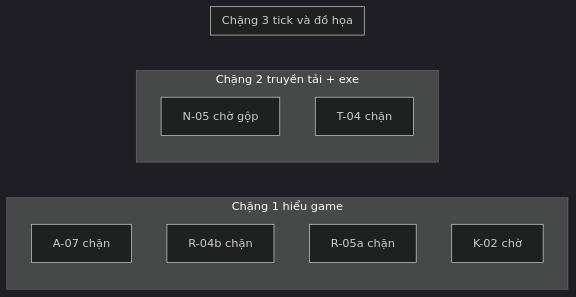
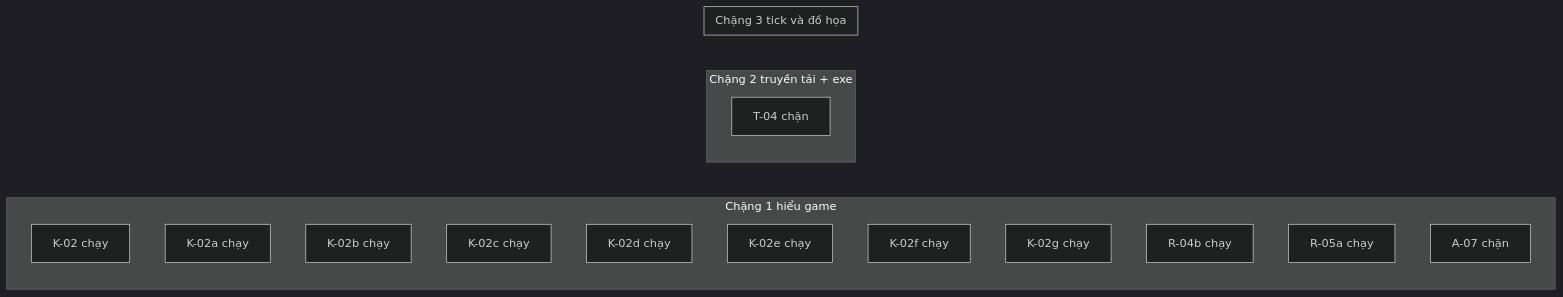
Before and after one commit to ndtangoss-dev/jx1-reports: the diagram in JX1_OPS/STATE/TIEN-DO.md, drawn with Mermaid (dark theme). The commit also changed other lines of this file and 3 other files, not shown here.

````diff
--- a/JX1_OPS/STATE/TIEN-DO.md
+++ b/JX1_OPS/STATE/TIEN-DO.md
@@ -9,15 +9,21 @@
 ```mermaid
 flowchart LR
   subgraph S1["Chặng 1 hiểu game"]
+    K_02["K-02 chạy"]
+    K_02a["K-02a chạy"]
+    K_02b["K-02b chạy"]
+    K_02c["K-02c chạy"]
+    K_02d["K-02d chạy"]
+    K_02e["K-02e chạy"]
+    K_02f["K-02f chạy"]
+    K_02g["K-02g chạy"]
+    R_04b["R-04b chạy"]
+    R_05a["R-05a chạy"]
     A_07["A-07 chặn"]
-    R_04b["R-04b chặn"]
-    R_05a["R-05a chặn"]
-    K_02["K-02 chờ"]
   end
   subgraph S2["Chặng 2 truyền tải + exe"]
-    N_05["N-05 chờ gộp"]
     T_04["T-04 chặn"]
   end
   subgraph S3["Chặng 3 tick và đồ họa"]
   end
 ```
````
